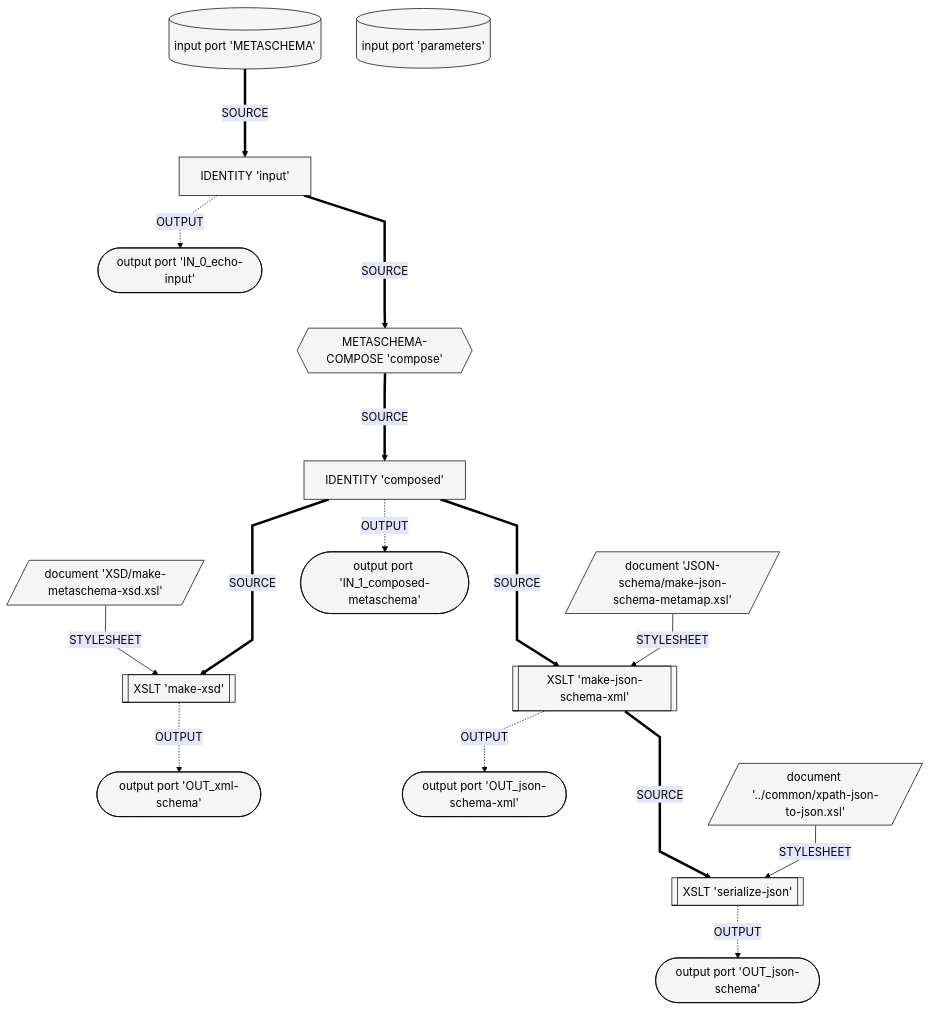
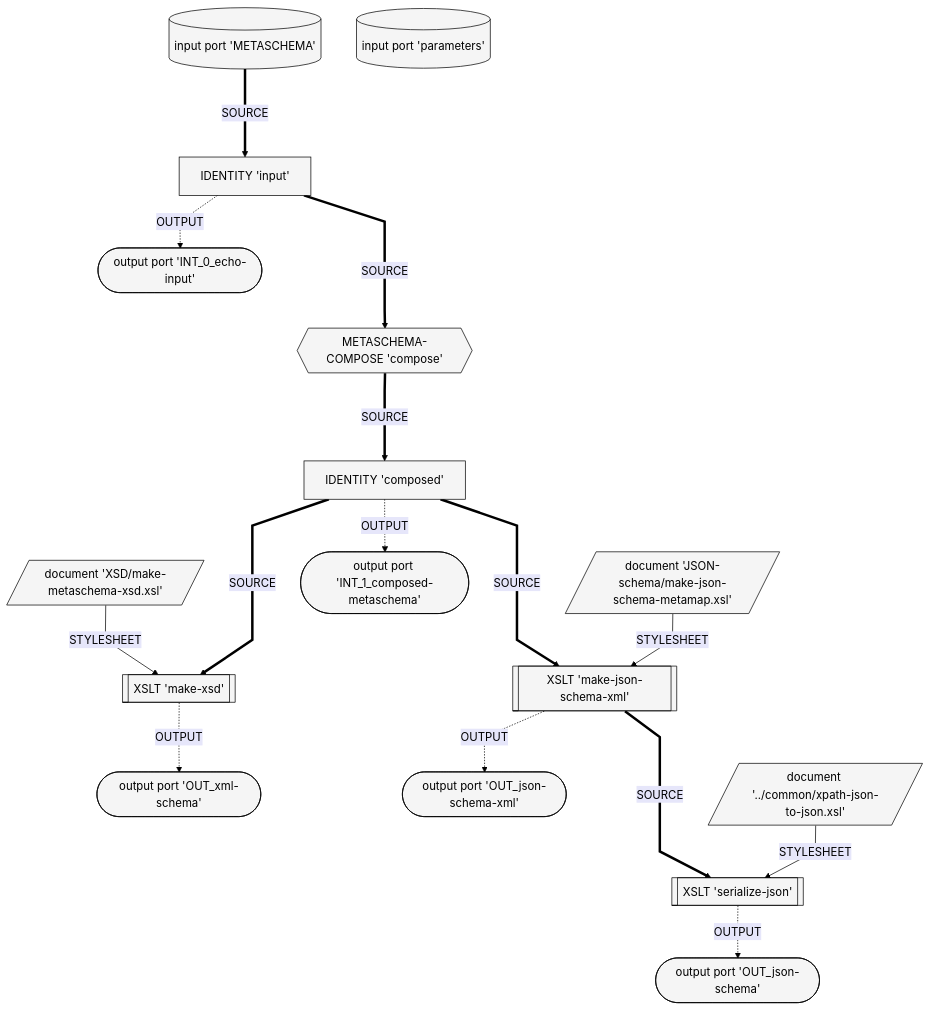
One commit to nikitawootten-nist/metaschema-xslt changed the diagram in src/schema-gen/flowcharts.md. Above: the diagram before and after it, drawn with Mermaid. The commit also changed other lines of this file, not shown here.

Commit message:
Updated flowchart view of a pipeline

````diff
--- a/src/schema-gen/flowcharts.md
+++ b/src/schema-gen/flowcharts.md
@@ -20,34 +12,34 @@
 ```mermaid
 ---
 METASCHEMA-ALL-SCHEMAS.xpl
 ---
 %%{ init: {
   'flowchart': { 'curve': 'linear' },
   'themeVariables': {
     'primaryColor':       'whitesmoke',
     'secondaryColor':     'lavender',
     'tertiaryColor':      'gainsboro',
     'primaryTextColor':   'black',
     'primaryBorderColor': 'black',
     'lineColor':          'black' },
    'theme':'base' }
 }%%
 flowchart TB
 
 serialize-json_xslt -. OUTPUT .-> OUT_json-schema_output([output port 'OUT_json-schema'])
 make-xsd_xslt -. OUTPUT .-> OUT_xml-schema_output([output port 'OUT_xml-schema'])
 input_port_METASCHEMA ===>|SOURCE|input_identity[IDENTITY 'input']
 input_identity ===>|SOURCE|compose_metaschema-compose{{METASCHEMA-COMPOSE 'compose'}}
 compose_metaschema-compose ===>|SOURCE|composed_identity[IDENTITY 'composed']
 make-xsd_stylesheet_document[/document 'XSD/make-metaschema-xsd.xsl'/] -->|STYLESHEET|make-xsd_xslt[[XSLT 'make-xsd']]
 composed_identity ===>|SOURCE|make-xsd_xslt[[XSLT 'make-xsd']]
 composed_identity ===>|SOURCE|make-json-schema-xml_xslt[[XSLT 'make-json-schema-xml']]
 make-json-schema-xml_stylesheet_document[/document 'JSON-schema/make-json-schema-metamap.xsl'/] -->|STYLESHEET|make-json-schema-xml_xslt[[XSLT 'make-json-schema-xml']]
 make-json-schema-xml_xslt ===>|SOURCE|serialize-json_xslt[[XSLT 'serialize-json']]
 input_port_METASCHEMA[(input port 'METASCHEMA')]
 input_port_parameters[(input port 'parameters')]
-input_identity -. OUTPUT .-> IN_0_echo-input_output([output port 'IN_0_echo-input'])
-composed_identity -. OUTPUT .-> IN_1_composed-metaschema_output([output port 'IN_1_composed-metaschema'])
+input_identity -. OUTPUT .-> INT_0_echo-input_output([output port 'INT_0_echo-input'])
+composed_identity -. OUTPUT .-> INT_1_composed-metaschema_output([output port 'INT_1_composed-metaschema'])
 make-json-schema-xml_xslt -. OUTPUT .-> OUT_json-schema-xml_output([output port 'OUT_json-schema-xml'])
 serialize-json_stylesheet_document[/document '../common/xpath-json-to-json.xsl'/] -->|STYLESHEET|serialize-json_xslt[[XSLT 'serialize-json']]
 ```
````
